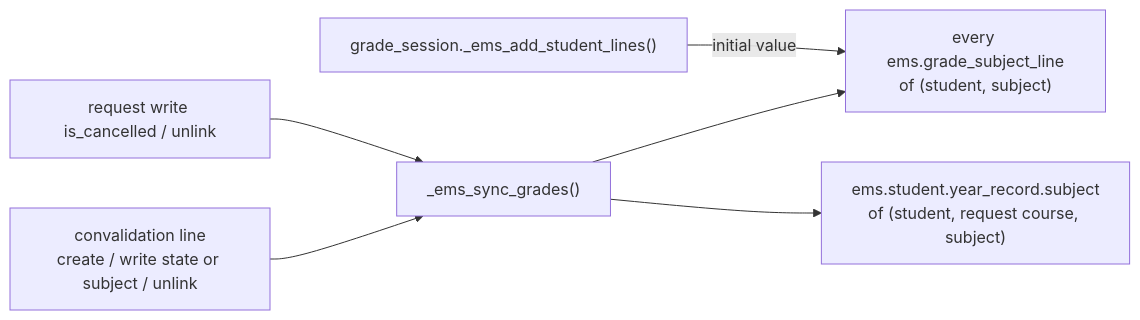
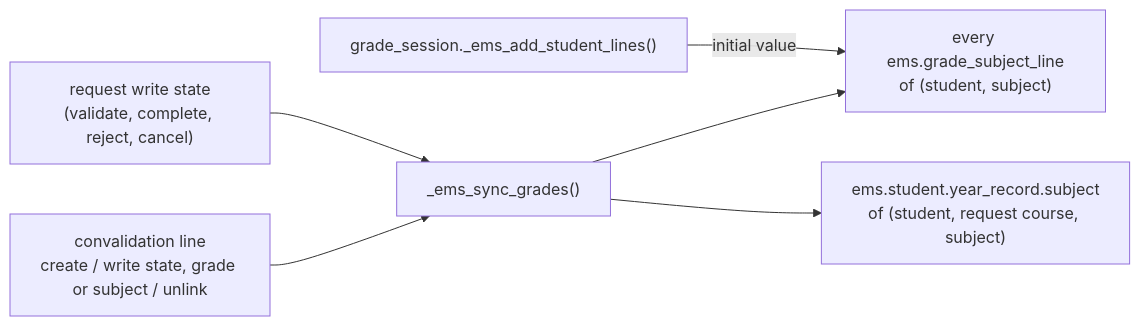
One commit to ElPuig/EMS changed the third of 3 diagrams in docs/en/developers/grades/convalidation.md. Above: the diagram before and after it, drawn with Mermaid. The commit also changed other lines of this file and 46 other files, not shown here.

````diff
--- a/docs/en/developers/grades/convalidation.md
+++ b/docs/en/developers/grades/convalidation.md
@@ -93,8 +95,8 @@
 ```mermaid
 flowchart LR
-    L["convalidation line<br/>create / write state or subject / unlink"] --> S["_ems_sync_grades()"]
-    C["request write is_cancelled / unlink"] --> S
+    L["convalidation line<br/>create / write state, grade or subject / unlink"] --> S["_ems_sync_grades()"]
+    C["request write state<br/>(validate, complete, reject, cancel)"] --> S
     S --> G["every ems.grade_subject_line<br/>of (student, subject)"]
     S --> Y["ems.student.year_record.subject<br/>of (student, request course, subject)"]
     N["grade_session._ems_add_student_lines()"] -- "initial value" --> G
 ```
````
